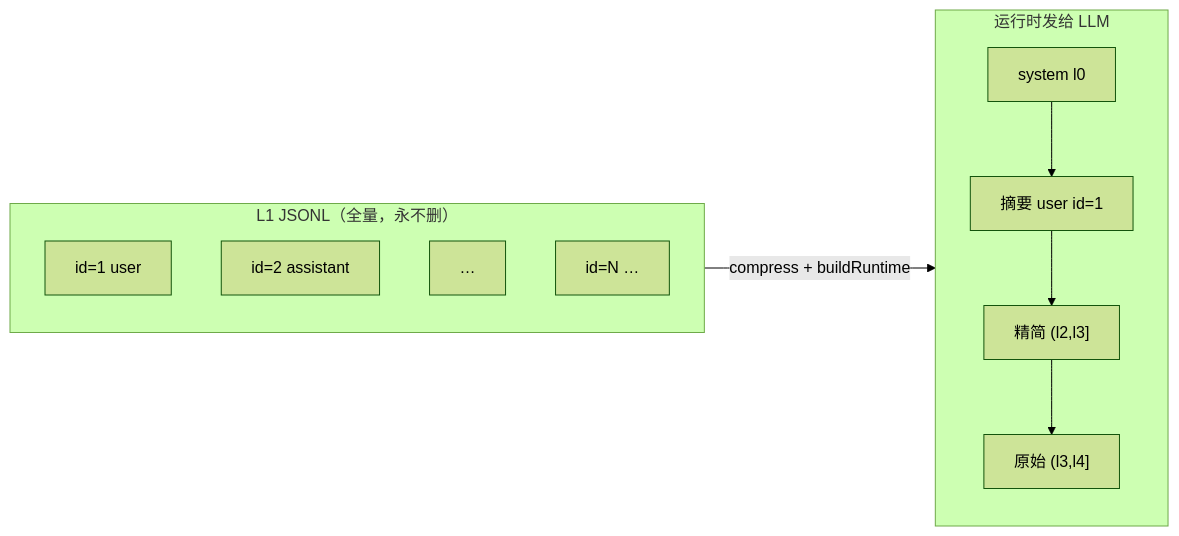
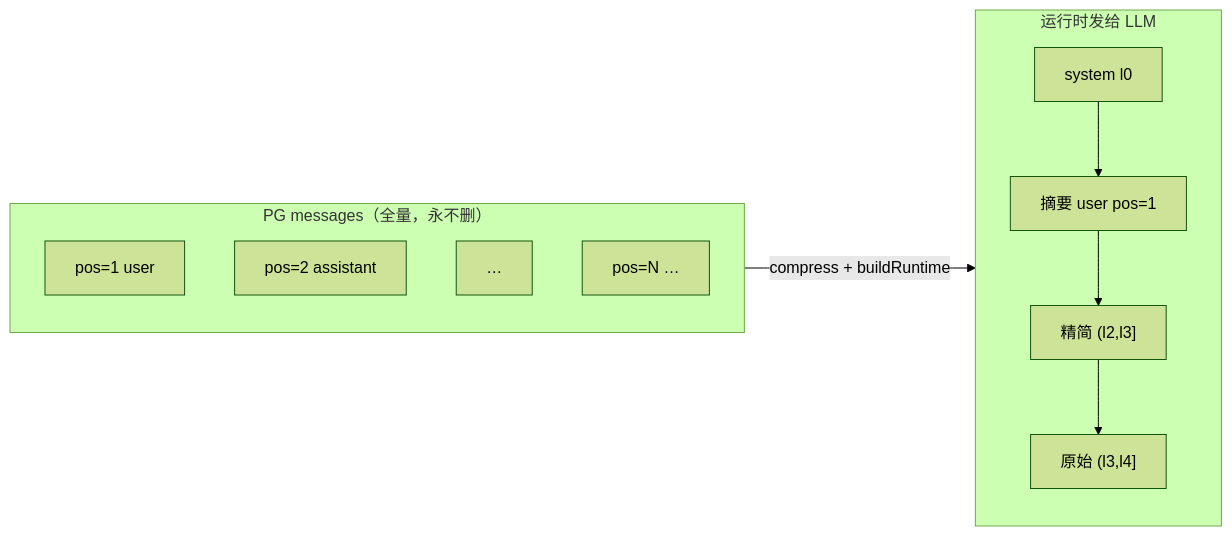
One commit to freeanima-org/freeanima changed the first of 10 diagrams in docs/compression.md. Above: the diagram before and after it, drawn with Mermaid (forest theme). The commit also changed other lines of this file and 14 other files, not shown here.

````diff
--- a/docs/compression.md
+++ b/docs/compression.md
@@ -21,19 +22,19 @@
 ```mermaid
 flowchart LR
-  subgraph L1["L1 JSONL（全量，永不删）"]
-    m1["id=1 user"]
-    m2["id=2 assistant"]
+  subgraph L1["PG messages（全量，永不删）"]
+    m1["pos=1 user"]
+    m2["pos=2 assistant"]
     dots1["…"]
-    mN["id=N …"]
+    mN["pos=N …"]
   end
 
   subgraph RT["运行时发给 LLM"]
     l0["system l0"]
-    l1["摘要 user id=1"]
+    l1["摘要 user pos=1"]
     slim["精简 (l2,l3]"]
     raw["原始 (l3,l4]"]
     l0 --> l1 --> slim --> raw
   end
 
   L1 -->|"compress + buildRuntime"| RT
 ```
````
